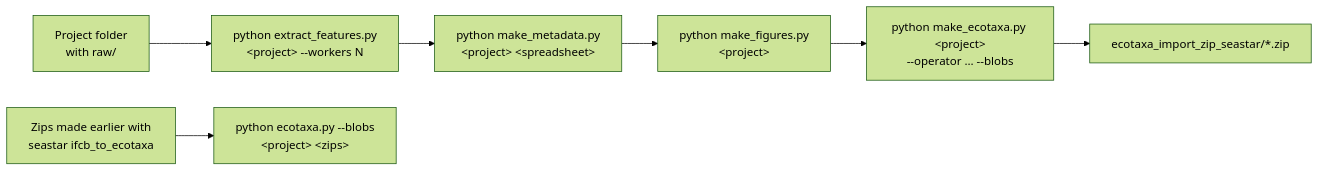
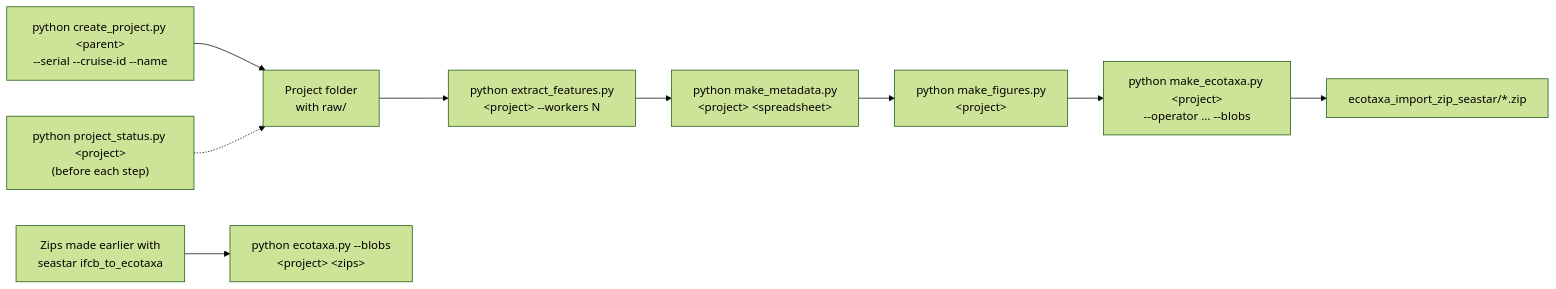
The fourth of 4 diagrams in docs/PROTOCOL.md (NOC-OI/seastar), drawn with Mermaid (forest theme) before and after one commit. The commit also changed other lines of this file and 8 other files, not shown here.

Commit message:
Command line: create_project.py, project_status.py and the app's warnings in the long scripts

````diff
--- a/docs/PROTOCOL.md
+++ b/docs/PROTOCOL.md
@@ -223,9 +223,11 @@
 ```mermaid
 flowchart LR
+    N["python create_project.py &lt;parent&gt;<br/>--serial --cruise-id --name"] --> A
+    S["python project_status.py &lt;project&gt;<br/>(before each step)"] -.-> A
     A["Project folder<br/>with raw/"] --> B["python extract_features.py<br/>&lt;project&gt; --workers N"]
     B --> C["python make_metadata.py<br/>&lt;project&gt; &lt;spreadsheet&gt;"]
     C --> Q["python make_figures.py<br/>&lt;project&gt;"]
     Q --> D["python make_ecotaxa.py &lt;project&gt;<br/>--operator … --blobs"]
     D --> E["ecotaxa_import_zip_seastar/*.zip"]
     F["Zips made earlier with<br/>seastar ifcb_to_ecotaxa"] --> G["python ecotaxa.py --blobs<br/>&lt;project&gt; &lt;zips&gt;"]
 ```
````
